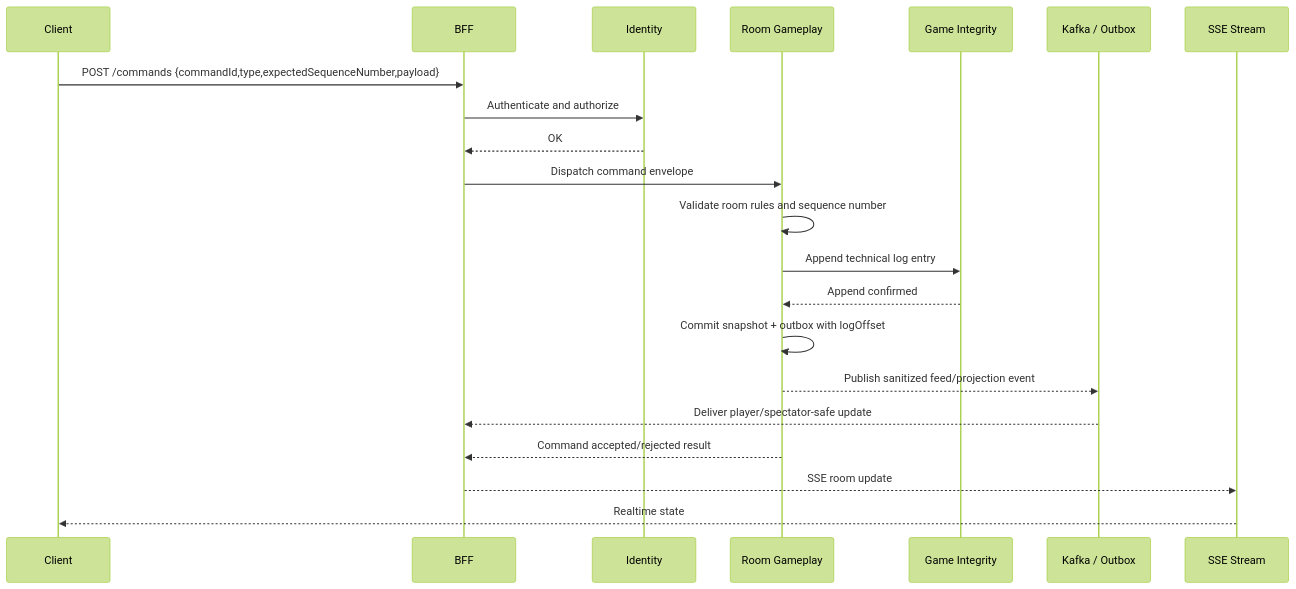
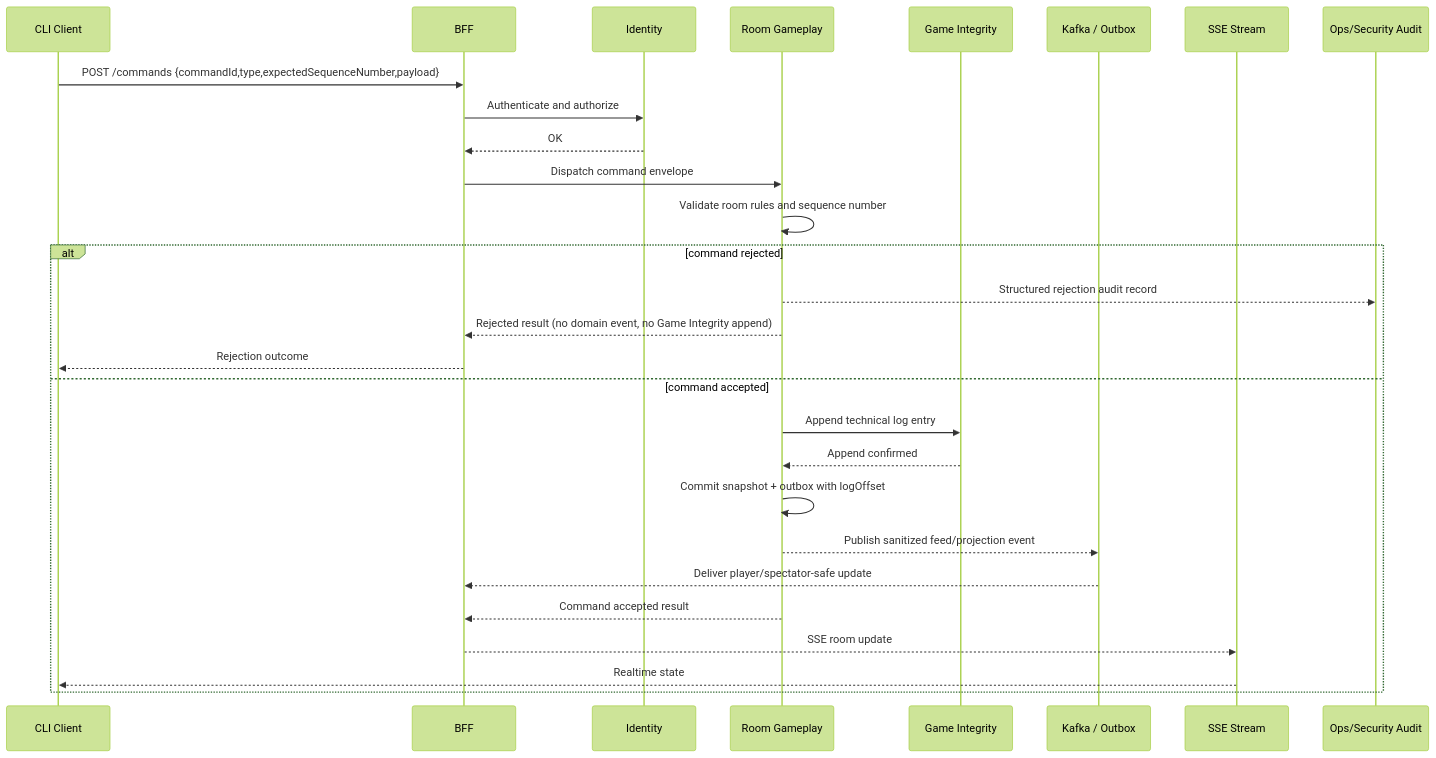
One commit to FSendot/uno-arena changed the first of 6 diagrams in docs/architecture/07-sequence-diagrams.md. Above: the diagram before and after it, drawn with Mermaid (forest theme). The commit also changed other lines of this file and 290 other files, not shown here.

Commit message:
feat: implement UnoArena capability architecture and CLI

````diff
--- a/docs/architecture/07-sequence-diagrams.md
+++ b/docs/architecture/07-sequence-diagrams.md
@@ -5,24 +5,31 @@
 ```mermaid
 sequenceDiagram
-    participant C as Client
+    participant C as CLI Client
     participant B as BFF
     participant I as Identity
     participant R as Room Gameplay
     participant G as Game Integrity
     participant K as Kafka / Outbox
     participant S as SSE Stream
+    participant A as Ops/Security Audit
 
     C->>B: POST /commands {commandId,type,expectedSequenceNumber,payload}
     B->>I: Authenticate and authorize
     I-->>B: OK
     B->>R: Dispatch command envelope
     R->>R: Validate room rules and sequence number
-    R->>G: Append technical log entry
-    G-->>R: Append confirmed
-    R->>R: Commit snapshot + outbox with logOffset
-    R-->>K: Publish sanitized feed/projection event
-    K-->>B: Deliver player/spectator-safe update
-    R-->>B: Command accepted/rejected result
-    B-->>S: SSE room update
-    S-->>C: Realtime state
+    alt command rejected
+        R-->>A: Structured rejection audit record
+        R-->>B: Rejected result (no domain event, no Game Integrity append)
+        B-->>C: Rejection outcome
+    else command accepted
+        R->>G: Append technical log entry
+        G-->>R: Append confirmed
+        R->>R: Commit snapshot + outbox with logOffset
+        R-->>K: Publish sanitized feed/projection event
+        K-->>B: Deliver player/spectator-safe update
+        R-->>B: Command accepted result
+        B-->>S: SSE room update
+        S-->>C: Realtime state
+    end
 ```
````
